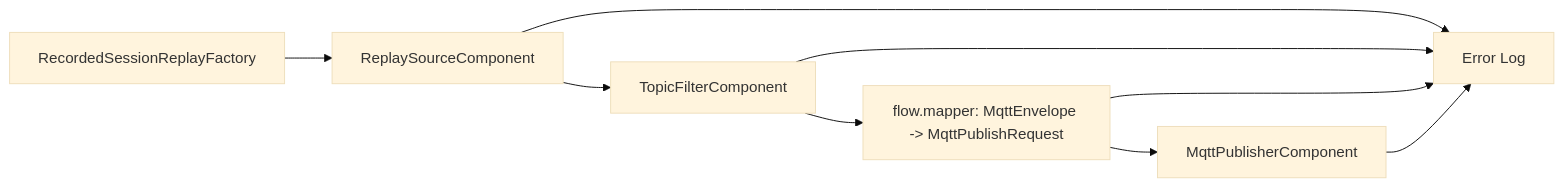
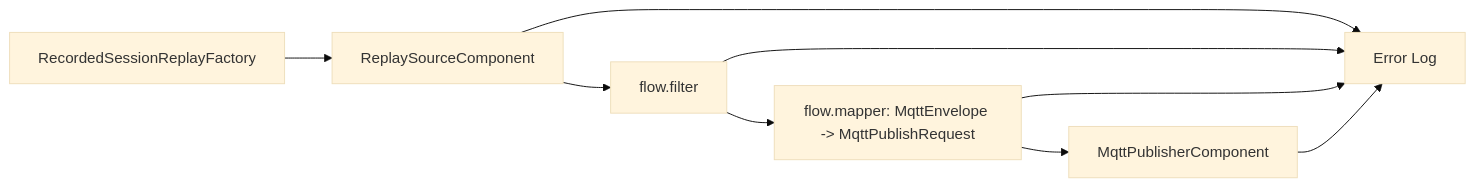
Before and after one commit to araxis/FluxMq: diagram 19 of 19 in docs/flow-components.md, drawn with Mermaid (base theme). The commit also changed other lines of this file and 35 other files, not shown here.

````diff
--- a/docs/flow-components.md
+++ b/docs/flow-components.md
@@ -674,11 +669,11 @@
 ```mermaid
 flowchart LR
     Factory["RecordedSessionReplayFactory"] --> Replay["ReplaySourceComponent"]
-    Replay --> Filter["TopicFilterComponent"]
+    Replay --> Filter["flow.filter"]
     Filter --> Mapper["flow.mapper: MqttEnvelope -> MqttPublishRequest"]
     Mapper --> Publisher["MqttPublisherComponent"]
     Replay --> ErrorLog["Error Log"]
     Filter --> ErrorLog
     Mapper --> ErrorLog
     Publisher --> ErrorLog
 ```
````
